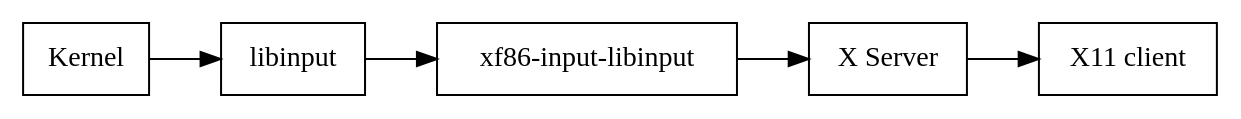
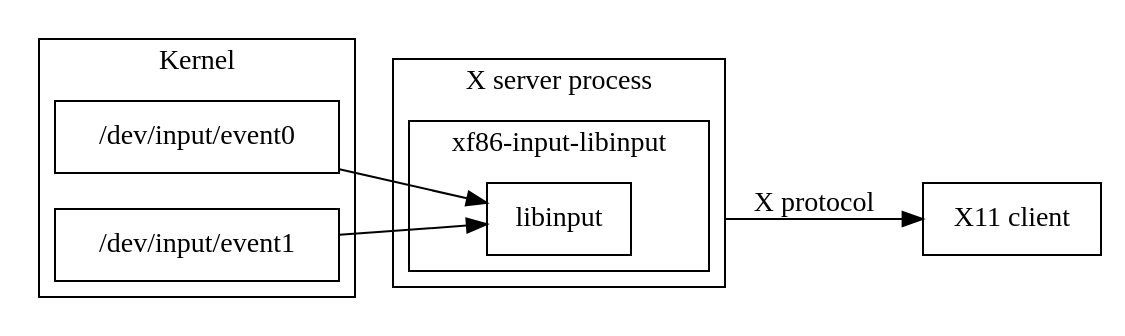
One commit to sizeofvoid/libopeninput changed the diagram in doc/dot/libinput-stack-xorg.gv. Above: the diagram before and after it, drawn with Graphviz. The commit also changed 2 other files, not shown here.

Commit message:
Update the README and the graphs showing libinput in the stack

```diff
--- a/doc/dot/libinput-stack-xorg.gv
+++ b/doc/dot/libinput-stack-xorg.gv
@@ -1,19 +1,29 @@
 digraph stack
 {
+  compound=true;
   rankdir="LR";
   node [
     shape="box";
   ]
 
-  kernel [label="Kernel"];
+  subgraph cluster_2 {
+	  label="Kernel";
+	  event0 [label="/dev/input/event0"]
+	  event1 [label="/dev/input/event1"]
+  }
+
+  subgraph cluster_0 {
+	  label="X server process";
+	  subgraph cluster_1 {
+		  label="xf86-input-libinput"
+		  libinput;
+	  }
+  }
 
   libinput;
-  xf86libinput [label="xf86-input-libinput"];
-  xserver [label="X Server"];
   client [label="X11 client"];
 
-  kernel -> libinput
-  libinput -> xf86libinput
-  xf86libinput -> xserver
-  xserver -> client
+  event0 -> libinput;
+  event1 -> libinput;
+  libinput -> client [ltail=cluster_0 label="X protocol"];
 }
```
